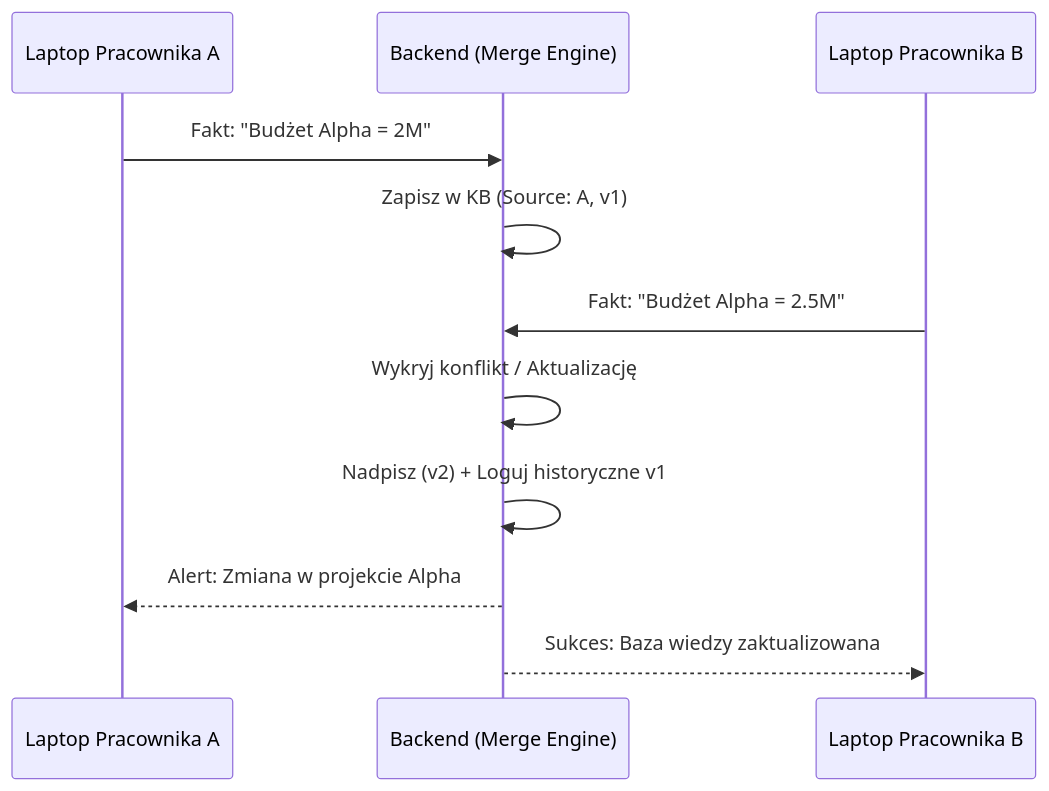
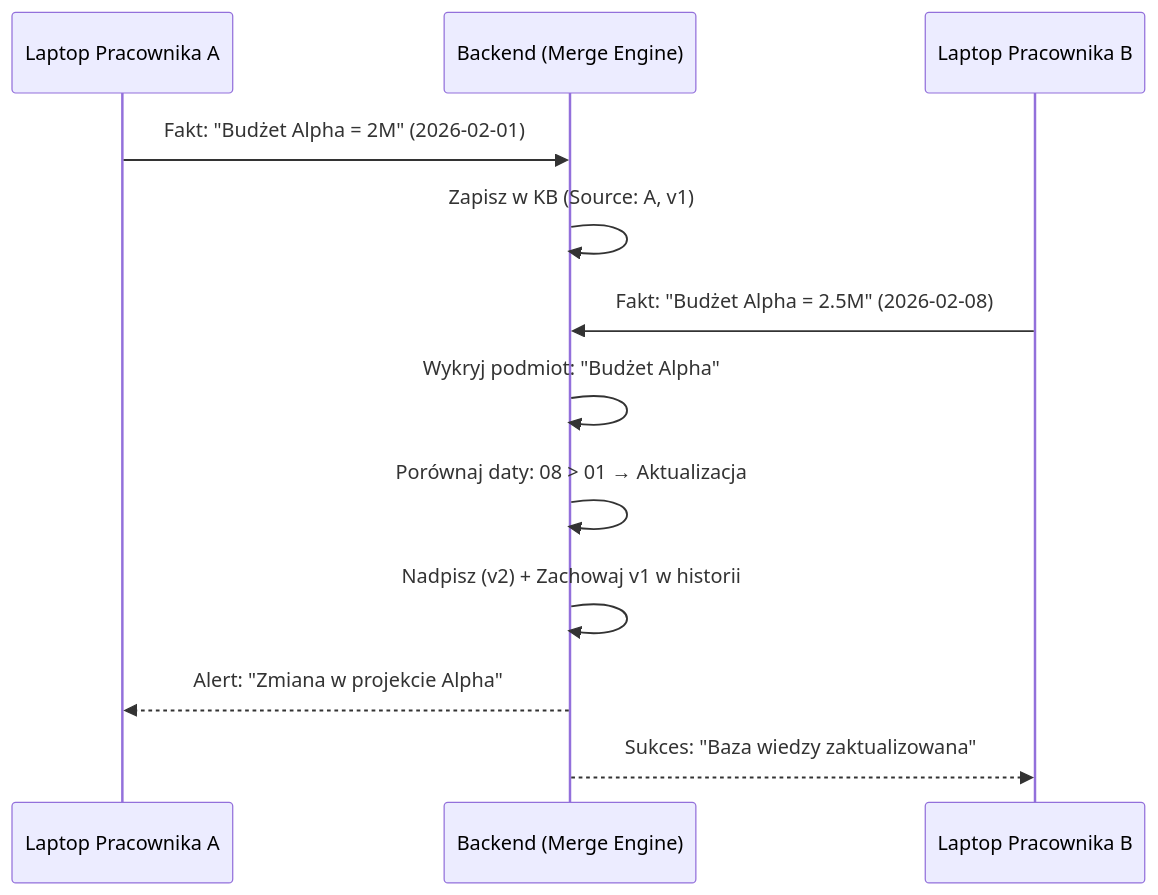
Before and after one commit to radektar/malinche: the fifth of 5 diagrams in Docs/future/knowledge-base-engine.md, drawn with Mermaid. The commit also changed other lines of this file and 13 other files, not shown here.

````diff
--- a/Docs/future/knowledge-base-engine.md
+++ b/Docs/future/knowledge-base-engine.md
@@ -97,14 +563,15 @@
 ```mermaid
 sequenceDiagram
     participant K1 as Laptop Pracownika A
     participant B as Backend (Merge Engine)
     participant K2 as Laptop Pracownika B
     
-    K1->>B: Fakt: "Budżet Alpha = 2M"
+    K1->>B: Fakt: "Budżet Alpha = 2M" (2026-02-01)
     B->>B: Zapisz w KB (Source: A, v1)
-    K2->>B: Fakt: "Budżet Alpha = 2.5M"
-    B->>B: Wykryj konflikt / Aktualizację
-    B->>B: Nadpisz (v2) + Loguj historyczne v1
-    B-->>K1: Alert: Zmiana w projekcie Alpha
-    B-->>K2: Sukces: Baza wiedzy zaktualizowana
+    K2->>B: Fakt: "Budżet Alpha = 2.5M" (2026-02-08)
+    B->>B: Wykryj podmiot: "Budżet Alpha"
+    B->>B: Porównaj daty: 08 > 01 → Aktualizacja
+    B->>B: Nadpisz (v2) + Zachowaj v1 w historii
+    B-->>K1: Alert: "Zmiana w projekcie Alpha"
+    B-->>K2: Sukces: "Baza wiedzy zaktualizowana"
 ```
````
